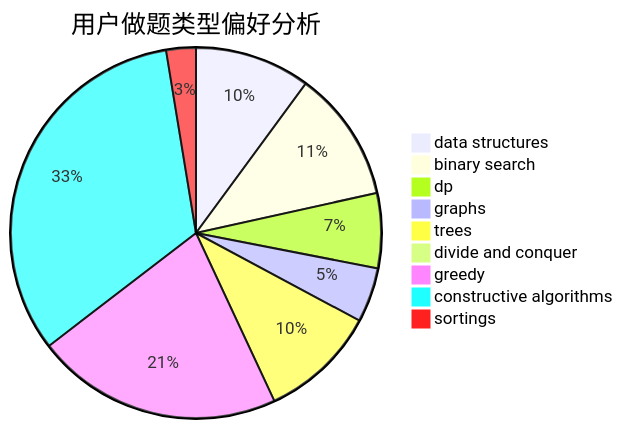
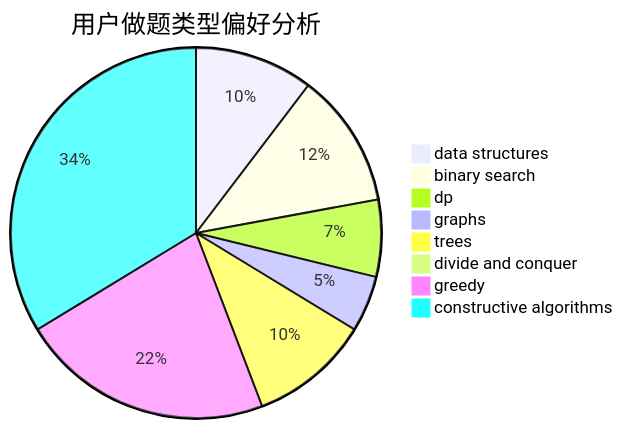
The second of 3 diagrams in docs/user/u1234.md (sherpahu/cfrs.github.io), drawn with Mermaid before and after one commit. The commit also changed other lines of this file and 2769 other files, not shown here.

````diff
--- a/docs/user/u1234.md
+++ b/docs/user/u1234.md
@@ -18,12 +18,11 @@
 ```mermaid
 pie title 用户做题类型偏好分析
     "data structures" :  74
     "binary search" :  84
     "dp" :  48
     "graphs" :  35
     "trees" :  75
     "divide and conquer" :  1
     "greedy" :  158
     "constructive algorithms" :  241
-    "sortings" :  19
 ```
````
